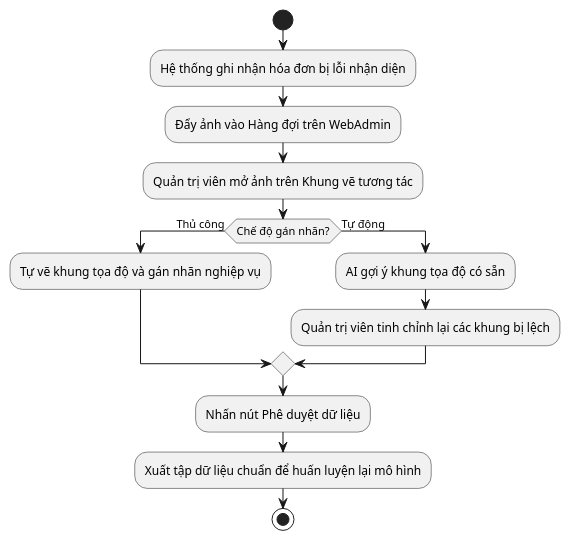
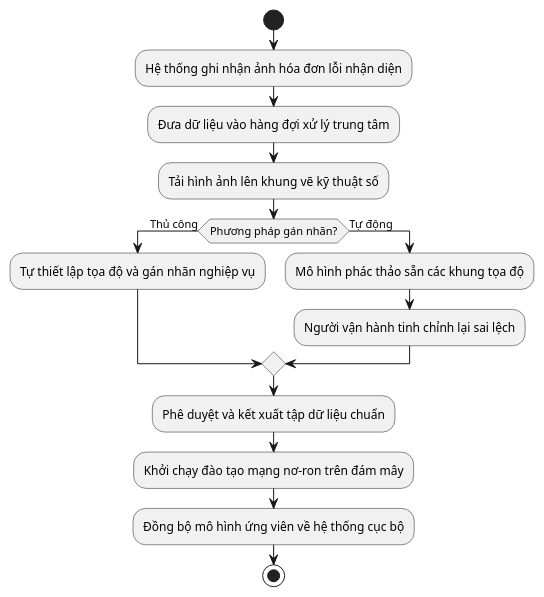
Before and after one commit to maikhang160504/spending-diary: diagram 20 of 28 in Luan_van_Hoan_chinh.md, drawn with PlantUML. The commit also changed other lines of this file and 72 other files, not shown here.

````diff
--- a/Luan_van_Hoan_chinh.md
+++ b/Luan_van_Hoan_chinh.md
@@ -1240,17 +1328,18 @@
 ```plantuml
 @startuml
 start
-:Hệ thống ghi nhận hóa đơn bị lỗi nhận diện;
-:Đẩy ảnh vào Hàng đợi trên WebAdmin;
-:Quản trị viên mở ảnh trên Khung vẽ tương tác;
-if (Chế độ gán nhãn?) then (Thủ công)
-  :Tự vẽ khung tọa độ và gán nhãn nghiệp vụ;
+:Hệ thống ghi nhận ảnh hóa đơn lỗi nhận diện;
+:Đưa dữ liệu vào hàng đợi xử lý trung tâm;
+:Tải hình ảnh lên khung vẽ kỹ thuật số;
+if (Phương pháp gán nhãn?) then (Thủ công)
+  :Tự thiết lập tọa độ và gán nhãn nghiệp vụ;
 else (Tự động)
-  :AI gợi ý khung tọa độ có sẵn;
-  :Quản trị viên tinh chỉnh lại các khung bị lệch;
+  :Mô hình phác thảo sẵn các khung tọa độ;
+  :Người vận hành tinh chỉnh lại sai lệch;
 endif
-:Nhấn nút Phê duyệt dữ liệu;
-:Xuất tập dữ liệu chuẩn để huấn luyện lại mô hình;
+:Phê duyệt và kết xuất tập dữ liệu chuẩn;
+:Khởi chạy đào tạo mạng nơ-ron trên đám mây;
+:Đồng bộ mô hình ứng viên về hệ thống cục bộ;
 stop
 @enduml
 ```
````
